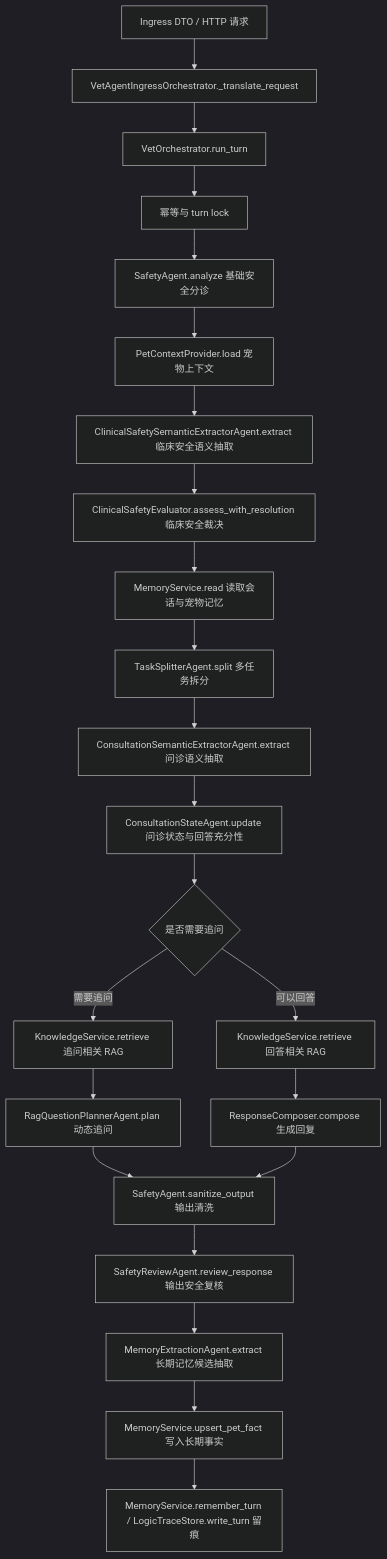
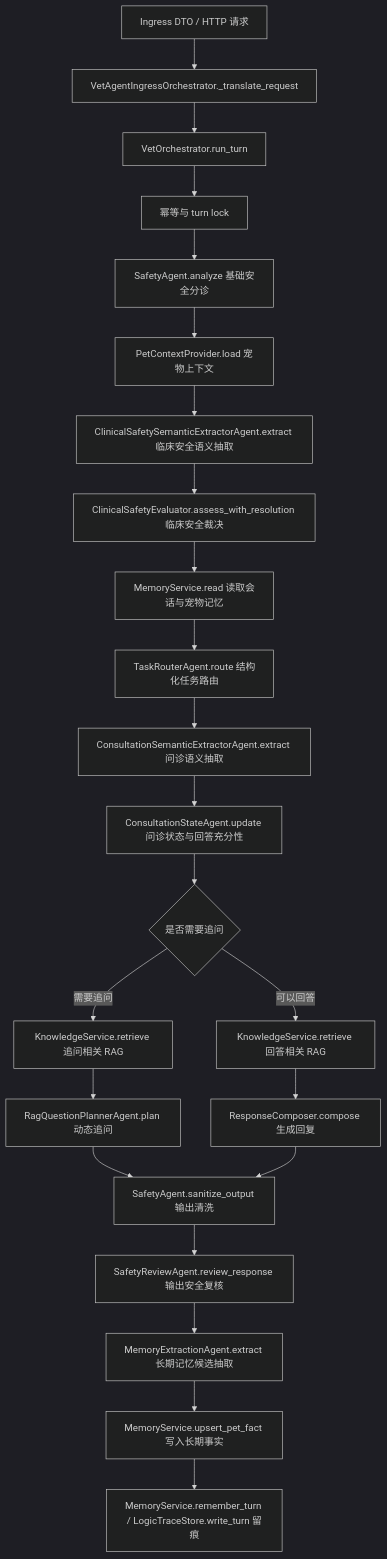
One commit to vancer17/veterinary_agent changed the diagram in docs/architecture/agent-middleware-migration-plan.md. Above: the diagram before and after it, drawn with Mermaid (dark theme). The commit also changed other lines of this file and 50 other files, not shown here.

Commit message:
feat(agent): migrate memory read and task routing

````diff
--- a/docs/architecture/agent-middleware-migration-plan.md
+++ b/docs/architecture/agent-middleware-migration-plan.md
@@ -41,25 +41,25 @@
 ```mermaid
 flowchart TD
   A[Ingress DTO / HTTP 请求] --> B[VetAgentIngressOrchestrator._translate_request]
   B --> C[VetOrchestrator.run_turn]
   C --> D[幂等与 turn lock]
   D --> E[SafetyAgent.analyze 基础安全分诊]
   E --> F[PetContextProvider.load 宠物上下文]
   F --> G[ClinicalSafetySemanticExtractorAgent.extract 临床安全语义抽取]
   G --> H[ClinicalSafetyEvaluator.assess_with_resolution 临床安全裁决]
   H --> I[MemoryService.read 读取会话与宠物记忆]
-  I --> J[TaskSplitterAgent.split 多任务拆分]
+  I --> J[TaskRouterAgent.route 结构化任务路由]
   J --> K[ConsultationSemanticExtractorAgent.extract 问诊语义抽取]
   K --> L[ConsultationStateAgent.update 问诊状态与回答充分性]
   L --> M{是否需要追问}
   M -->|需要追问| N[KnowledgeService.retrieve 追问相关 RAG]
   N --> O[RagQuestionPlannerAgent.plan 动态追问]
   M -->|可以回答| P[KnowledgeService.retrieve 回答相关 RAG]
   P --> Q[ResponseComposer.compose 生成回复]
   O --> R[SafetyAgent.sanitize_output 输出清洗]
   Q --> R
   R --> S[SafetyReviewAgent.review_response 输出安全复核]
   S --> T[MemoryExtractionAgent.extract 长期记忆候选抽取]
   T --> U[MemoryService.upsert_pet_fact 写入长期事实]
   U --> V[MemoryService.remember_turn / LogicTraceStore.write_turn 留痕]
 ```
````
